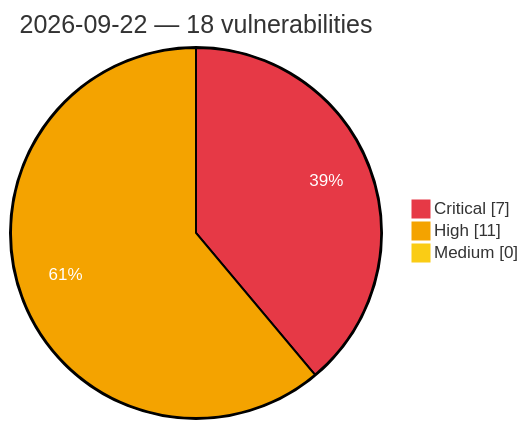
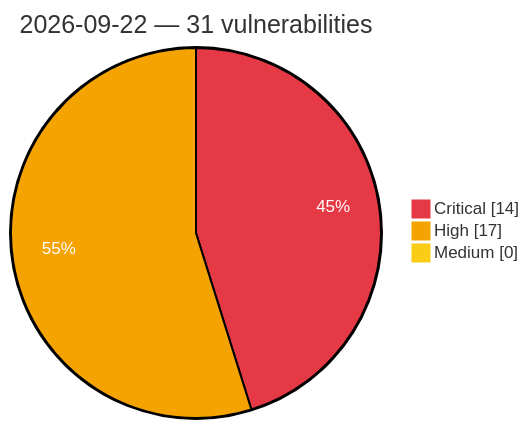
The diagram in vulnerabilities/2026/September/2026-09-22.md (GhostX0X/vuln-tracker), drawn with Mermaid before and after one commit. The commit also changed other lines of this file and 5 other files, not shown here.

Commit message:
Auto update: critical/high vulns (2026-09-22 15:42 UTC)

````diff
--- a/vulnerabilities/2026/September/2026-09-22.md
+++ b/vulnerabilities/2026/September/2026-09-22.md
@@ -3,8 +3,8 @@
 ```mermaid
 %%{init: {'theme':'base', 'themeVariables': {'pie1':'#e63946', 'pie2':'#f4a300', 'pie3':'#facc15', 'pieOpacity':'1', 'pieOuterStrokeWidth':'2px', 'pieSectionTextColor':'#ffffff'}}}%%
 pie showData
-    title 2026-09-22 — 18 vulnerabilities
-    "Critical" : 7
-    "High" : 11
+    title 2026-09-22 — 31 vulnerabilities
+    "Critical" : 14
+    "High" : 17
     "Medium" : 0
 ```
````
